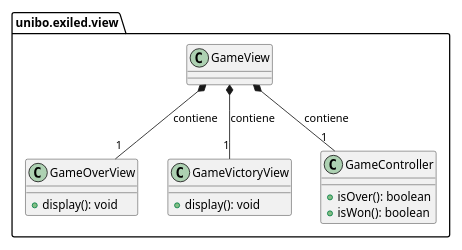
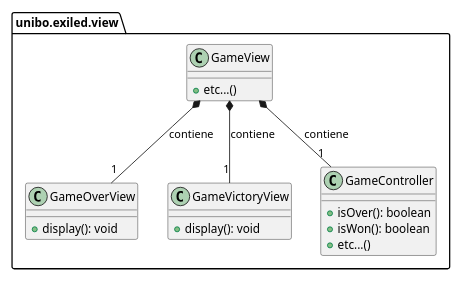
The diagram in docs/victory_gameover/the-exiled-victory_gameover-uml.puml (unibo-oop-projects/OOP23-Baldoni-Beylax-Casadei-MarcoMagnani03-Pazzaglia-exiled), drawn with PlantUML before and after one commit. The commit also changed 2 other files, not shown here.

Commit message:
Edit UML in report.tex

```diff
--- a/docs/victory_gameover/the-exiled-victory_gameover-uml.puml
+++ b/docs/victory_gameover/the-exiled-victory_gameover-uml.puml
@@ -1,29 +1,30 @@
 @startuml
 scale 0.7
 set separator none
 package unibo.exiled.view
 {
   class GameView {
-    
+    + etc...()
   }
   
   class GameOverView {
     + display(): void
   }
   
   class GameVictoryView {
     + display(): void
   }
   
   
   class GameController {
     + isOver(): boolean
     + isWon(): boolean
+    + etc...()
   }
 
 }
 
 GameView *-- "1" GameOverView : contiene
 GameView *-- "1" GameVictoryView : contiene
 GameView *-- "1" GameController : contiene
 @enduml
```
